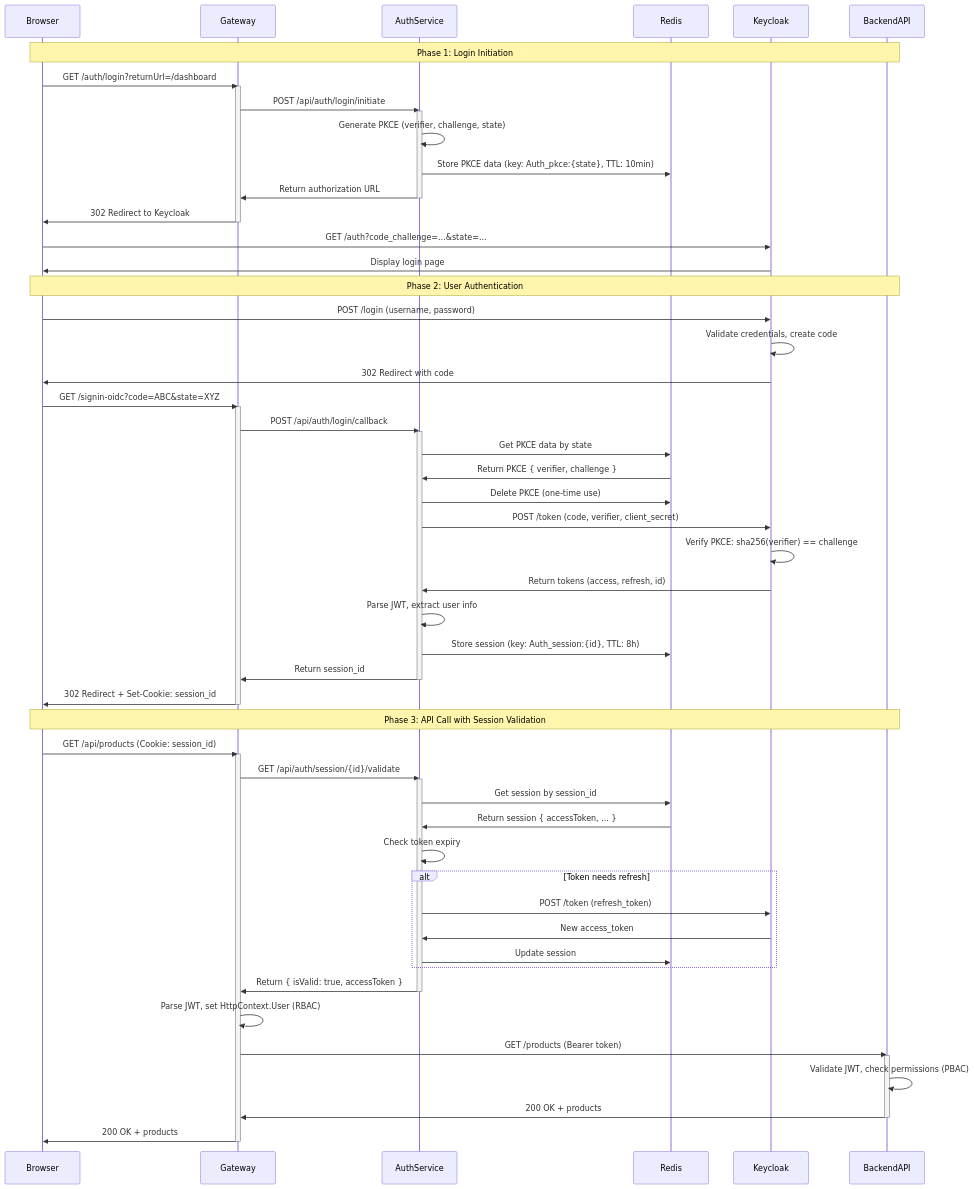
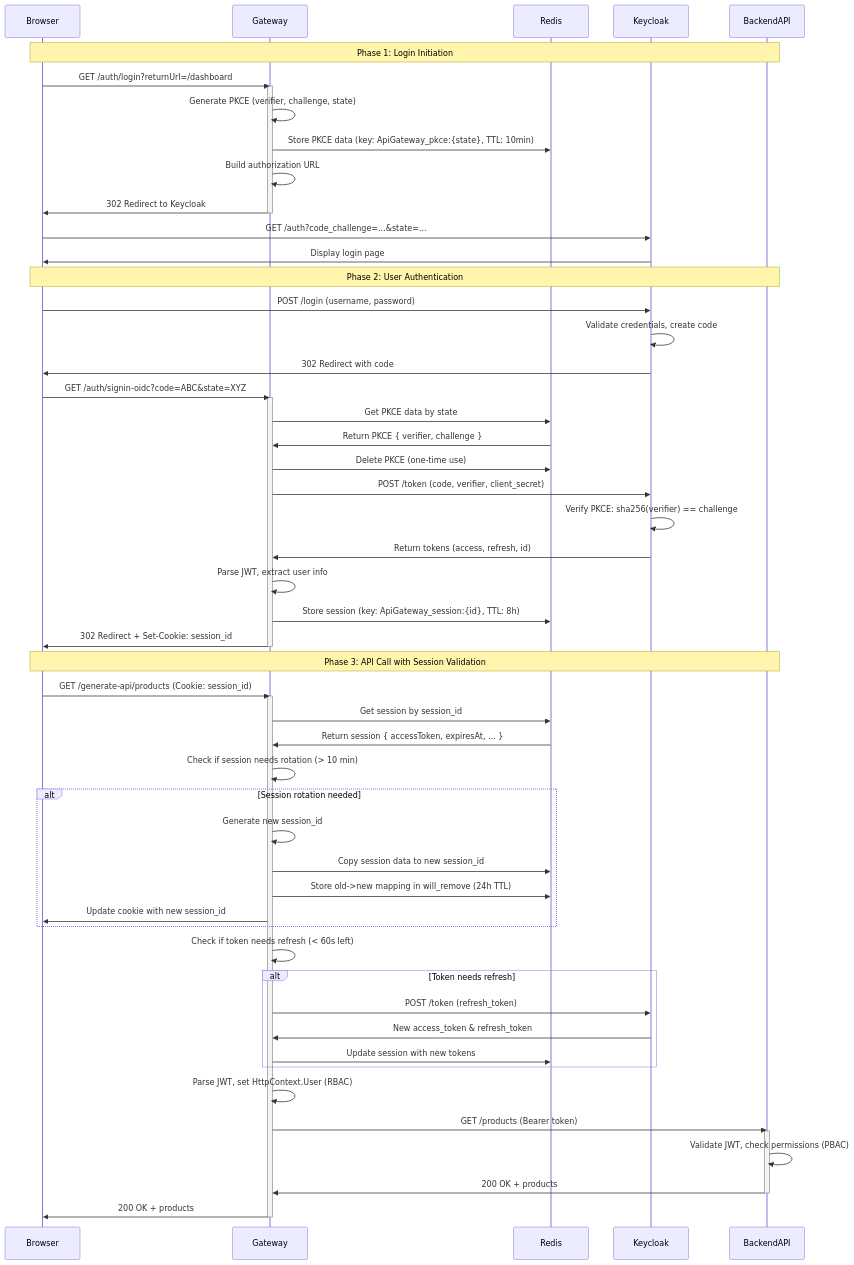
Before and after one commit to hakoru1a/code-base: the diagram in docs/auth/architecture/bff-flow.md, drawn with Mermaid. The commit also changed other lines of this file and 34 other files, not shown here.

````diff
--- a/docs/auth/architecture/bff-flow.md
+++ b/docs/auth/architecture/bff-flow.md
@@ -409,77 +409,74 @@
 ```mermaid
 sequenceDiagram
     participant Browser
     participant Gateway
-    participant AuthService
     participant Redis
     participant Keycloak
     participant BackendAPI
 
     Note over Browser,BackendAPI: Phase 1: Login Initiation
     
     Browser->>Gateway: GET /auth/login?returnUrl=/dashboard
     activate Gateway
-    Gateway->>AuthService: POST /api/auth/login/initiate
-    activate AuthService
-    AuthService->>AuthService: Generate PKCE (verifier, challenge, state)
-    AuthService->>Redis: Store PKCE data (key: Auth_pkce:{state}, TTL: 10min)
-    AuthService->>Gateway: Return authorization URL
-    deactivate AuthService
+    Gateway->>Gateway: Generate PKCE (verifier, challenge, state)
+    Gateway->>Redis: Store PKCE data (key: ApiGateway_pkce:{state}, TTL: 10min)
+    Gateway->>Gateway: Build authorization URL
     Gateway->>Browser: 302 Redirect to Keycloak
     deactivate Gateway
     
     Browser->>Keycloak: GET /auth?code_challenge=...&state=...
     Keycloak->>Browser: Display login page
     
     Note over Browser,BackendAPI: Phase 2: User Authentication
     
     Browser->>Keycloak: POST /login (username, password)
     Keycloak->>Keycloak: Validate credentials, create code
     Keycloak->>Browser: 302 Redirect with code
     
-    Browser->>Gateway: GET /signin-oidc?code=ABC&state=XYZ
+    Browser->>Gateway: GET /auth/signin-oidc?code=ABC&state=XYZ
     activate Gateway
-    Gateway->>AuthService: POST /api/auth/login/callback
-    activate AuthService
-    AuthService->>Redis: Get PKCE data by state
-    Redis->>AuthService: Return PKCE { verifier, challenge }
-    AuthService->>Redis: Delete PKCE (one-time use)
+    Gateway->>Redis: Get PKCE data by state
+    Redis->>Gateway: Return PKCE { verifier, challenge }
+    Gateway->>Redis: Delete PKCE (one-time use)
     
-    AuthService->>Keycloak: POST /token (code, verifier, client_secret)
+    Gateway->>Keycloak: POST /token (code, verifier, client_secret)
     Keycloak->>Keycloak: Verify PKCE: sha256(verifier) == challenge
-    Keycloak->>AuthService: Return tokens (access, refresh, id)
+    Keycloak->>Gateway: Return tokens (access, refresh, id)
     
-    AuthService->>AuthService: Parse JWT, extract user info
-    AuthService->>Redis: Store session (key: Auth_session:{id}, TTL: 8h)
-    AuthService->>Gateway: Return session_id
-    deactivate AuthService
+    Gateway->>Gateway: Parse JWT, extract user info
+    Gateway->>Redis: Store session (key: ApiGateway_session:{id}, TTL: 8h)
     Gateway->>Browser: 302 Redirect + Set-Cookie: session_id
     deactivate Gateway
     
     Note over Browser,BackendAPI: Phase 3: API Call with Session Validation
     
-    Browser->>Gateway: GET /api/products (Cookie: session_id)
+    Browser->>Gateway: GET /generate-api/products (Cookie: session_id)
     activate Gateway
-    Gateway->>AuthService: GET /api/auth/session/{id}/validate
-    activate AuthService
-    AuthService->>Redis: Get session by session_id
-    Redis->>AuthService: Return session { accessToken, ... }
-    AuthService->>AuthService: Check token expiry
+    Gateway->>Redis: Get session by session_id
+    Redis->>Gateway: Return session { accessToken, expiresAt, ... }
+    Gateway->>Gateway: Check if session needs rotation (> 10 min)
+    
+    alt Session rotation needed
+        Gateway->>Gateway: Generate new session_id
+        Gateway->>Redis: Copy session data to new session_id
+        Gateway->>Redis: Store old->new mapping in will_remove (24h TTL)
+        Gateway->>Browser: Update cookie with new session_id
+    end
+    
+    Gateway->>Gateway: Check if token needs refresh (< 60s left)
     
     alt Token needs refresh
-        AuthService->>Keycloak: POST /token (refresh_token)
-        Keycloak->>AuthService: New access_token
-        AuthService->>Redis: Update session
+        Gateway->>Keycloak: POST /token (refresh_token)
+        Keycloak->>Gateway: New access_token & refresh_token
+        Gateway->>Redis: Update session with new tokens
     end
     
-    AuthService->>Gateway: Return { isValid: true, accessToken }
-    deactivate AuthService
     Gateway->>Gateway: Parse JWT, set HttpContext.User (RBAC)
     Gateway->>BackendAPI: GET /products (Bearer token)
     activate BackendAPI
     BackendAPI->>BackendAPI: Validate JWT, check permissions (PBAC)
     BackendAPI->>Gateway: 200 OK + products
     deactivate BackendAPI
     Gateway->>Browser: 200 OK + products
     deactivate Gateway
 ```
````
